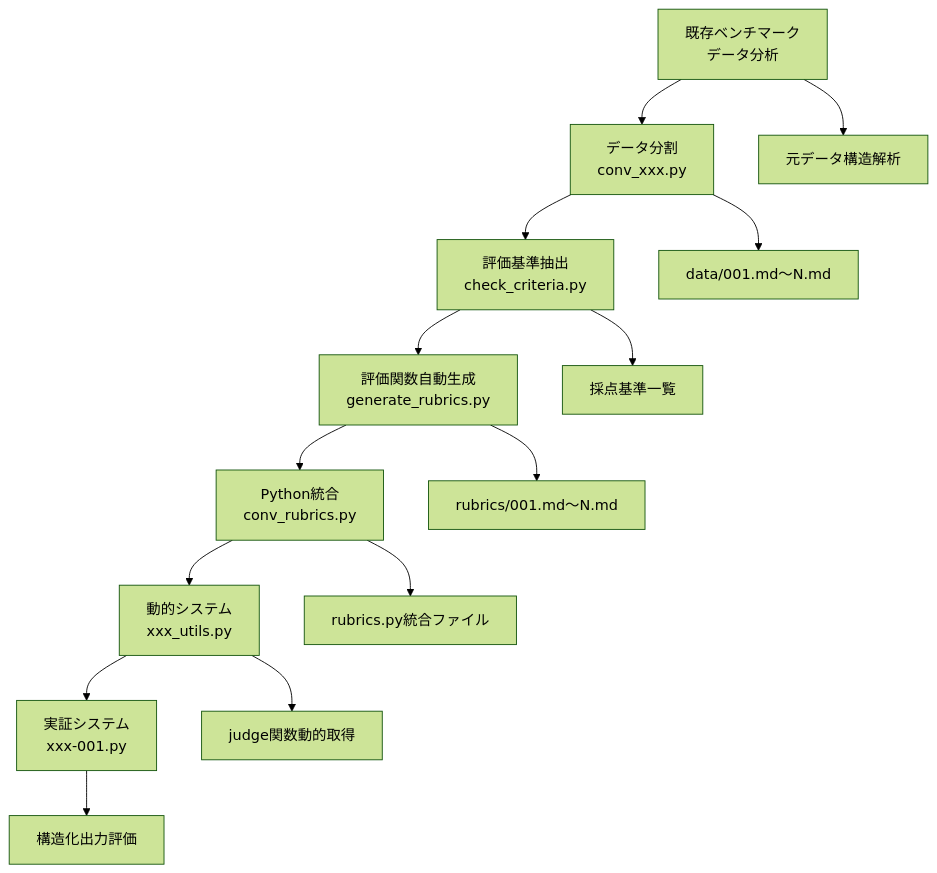
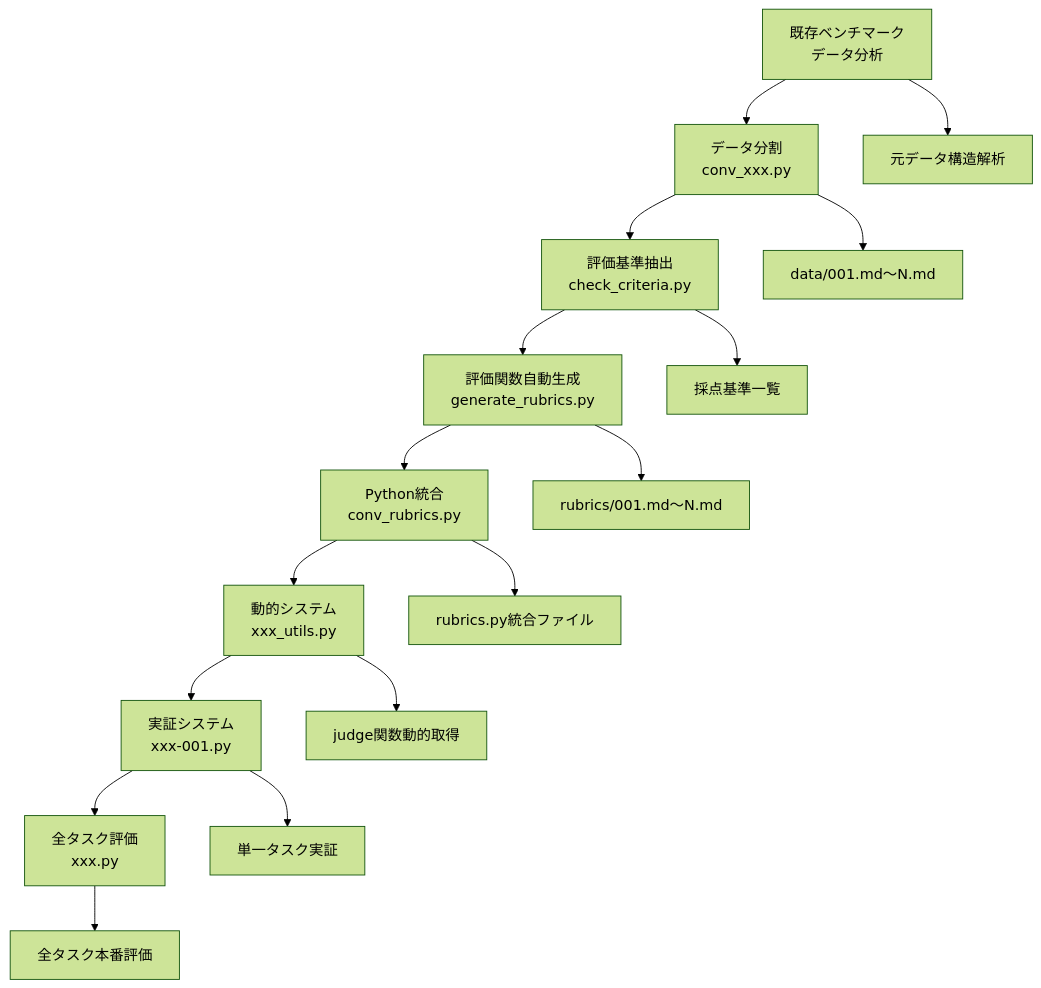
Before and after one commit to 7shi/shaberi: the diagram in experimental/docs/20250626-dev-elyza-implementation.md, drawn with Mermaid (forest theme). The commit also changed other lines of this file and 5 other files, not shown here.

````diff
--- a/experimental/docs/20250626-dev-elyza-implementation.md
+++ b/experimental/docs/20250626-dev-elyza-implementation.md
@@ -23,18 +23,20 @@
 ```mermaid
 graph TD
     A[既存ベンチマーク<br/>データ分析] --> B[データ分割<br/>conv_xxx.py]
     B --> C[評価基準抽出<br/>check_criteria.py]
     C --> D[評価関数自動生成<br/>generate_rubrics.py]
     D --> E[Python統合<br/>conv_rubrics.py]
     E --> F[動的システム<br/>xxx_utils.py]
     F --> G[実証システム<br/>xxx-001.py]
+    G --> H[全タスク評価<br/>xxx.py]
     
     %% データ流れ
     A --> A1[元データ構造解析]
     B --> B1[data/001.md～N.md]
     C --> C1[採点基準一覧]
     D --> D1[rubrics/001.md～N.md]
     E --> E1[rubrics.py統合ファイル]
     F --> F1[judge関数動的取得]
-    G --> G1[構造化出力評価]
+    G --> G1[単一タスク実証]
+    H --> H1[全タスク本番評価]
 ```
````
